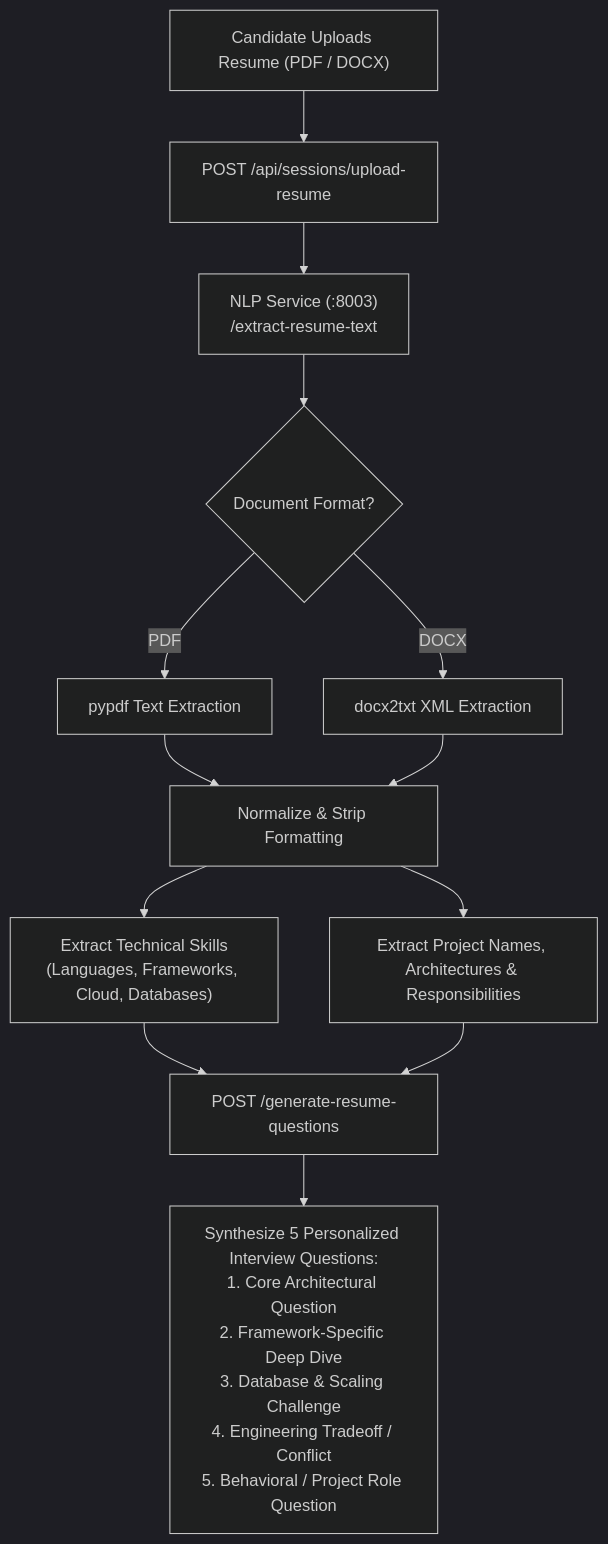
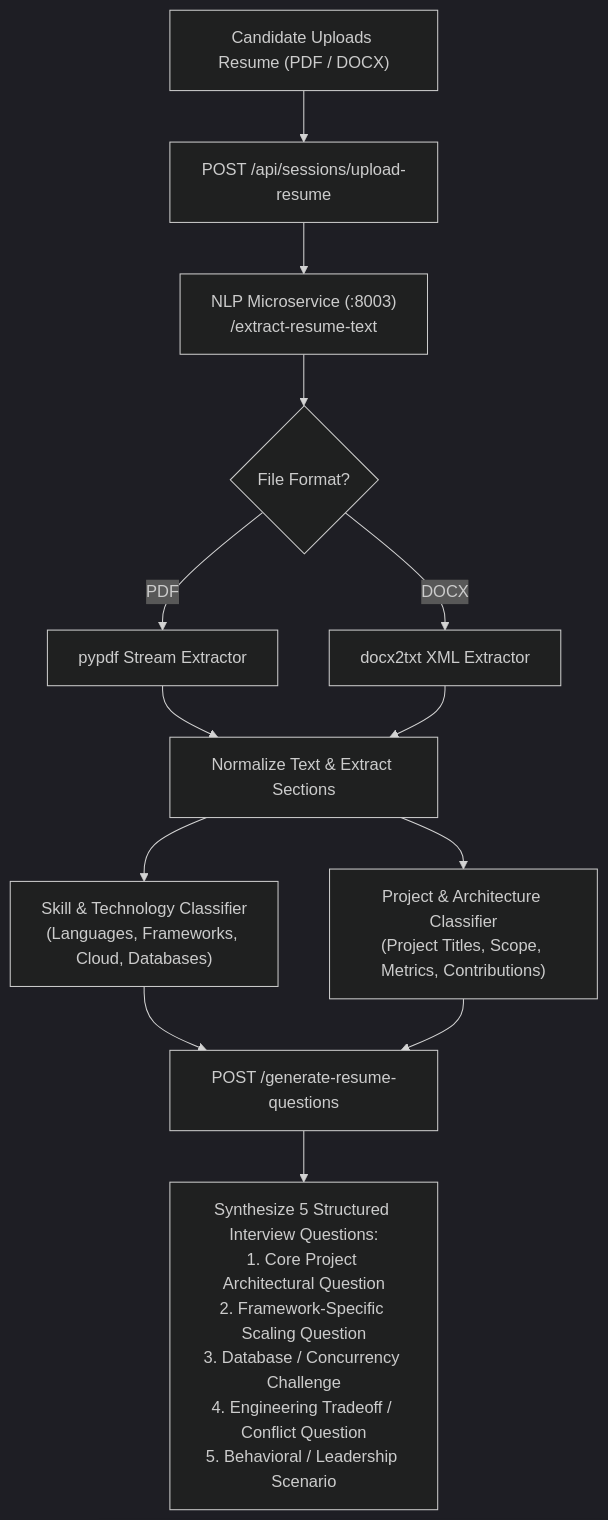
The diagram in docs/RESUME_INTELLIGENCE.md (Noob-code7/InterviewApp), drawn with Mermaid (dark theme) before and after one commit. The commit also changed other lines of this file and 8 other files, not shown here.

Commit message:
docs: enrich architecture documentation with deep engineering blueprints, mathematical formulations, and sequence diagrams

````diff
--- a/docs/RESUME_INTELLIGENCE.md
+++ b/docs/RESUME_INTELLIGENCE.md
@@ -7,20 +7,20 @@
 ```mermaid
 flowchart TD
-    Upload["Candidate Uploads Resume (PDF / DOCX)"] --> Ingestion["POST /api/sessions/upload-resume"]
-    Ingestion --> NLP["NLP Service (:8003)\n/extract-resume-text"]
+    Upload["Candidate Uploads Resume (PDF / DOCX)"] --> Route["POST /api/sessions/upload-resume"]
+    Route --> Extractor["NLP Microservice (:8003)\n/extract-resume-text"]
     
-    NLP --> Parser{"Document Format?"}
-    Parser -- PDF --> PyPDF["pypdf Text Extraction"]
-    Parser -- DOCX --> DocxTxt["docx2txt XML Extraction"]
+    Extractor --> FormatCheck{"File Format?"}
+    FormatCheck -- PDF --> PyPDF["pypdf Stream Extractor"]
+    FormatCheck -- DOCX --> Docx["docx2txt XML Extractor"]
 
-    PyPDF --> Clean["Normalize & Strip Formatting"]
-    DocxTxt --> Clean
+    PyPDF --> CleanText["Normalize Text & Extract Sections"]
+    Docx --> CleanText
 
-    Clean --> SkillExtractor["Extract Technical Skills\n(Languages, Frameworks, Cloud, Databases)"]
-    Clean --> ProjectExtractor["Extract Project Names, Architectures & Responsibilities"]
+    CleanText --> SkillClassifier["Skill & Technology Classifier\n(Languages, Frameworks, Cloud, Databases)"]
+    CleanText --> ProjectClassifier["Project & Architecture Classifier\n(Project Titles, Scope, Metrics, Contributions)"]
 
-    SkillExtractor --> Generator["POST /generate-resume-questions"]
-    ProjectExtractor --> Generator
+    SkillClassifier --> Synthesizer["POST /generate-resume-questions"]
+    ProjectClassifier --> Synthesizer
 
-    Generator --> SynthesizedQs["Synthesize 5 Personalized Interview Questions:\n1. Core Architectural Question\n2. Framework-Specific Deep Dive\n3. Database & Scaling Challenge\n4. Engineering Tradeoff / Conflict\n5. Behavioral / Project Role Question"]
+    Synthesizer --> QuestionPool["Synthesize 5 Structured Interview Questions:\n1. Core Project Architectural Question\n2. Framework-Specific Scaling Question\n3. Database / Concurrency Challenge\n4. Engineering Tradeoff / Conflict Question\n5. Behavioral / Leadership Scenario"]
 ```
````
